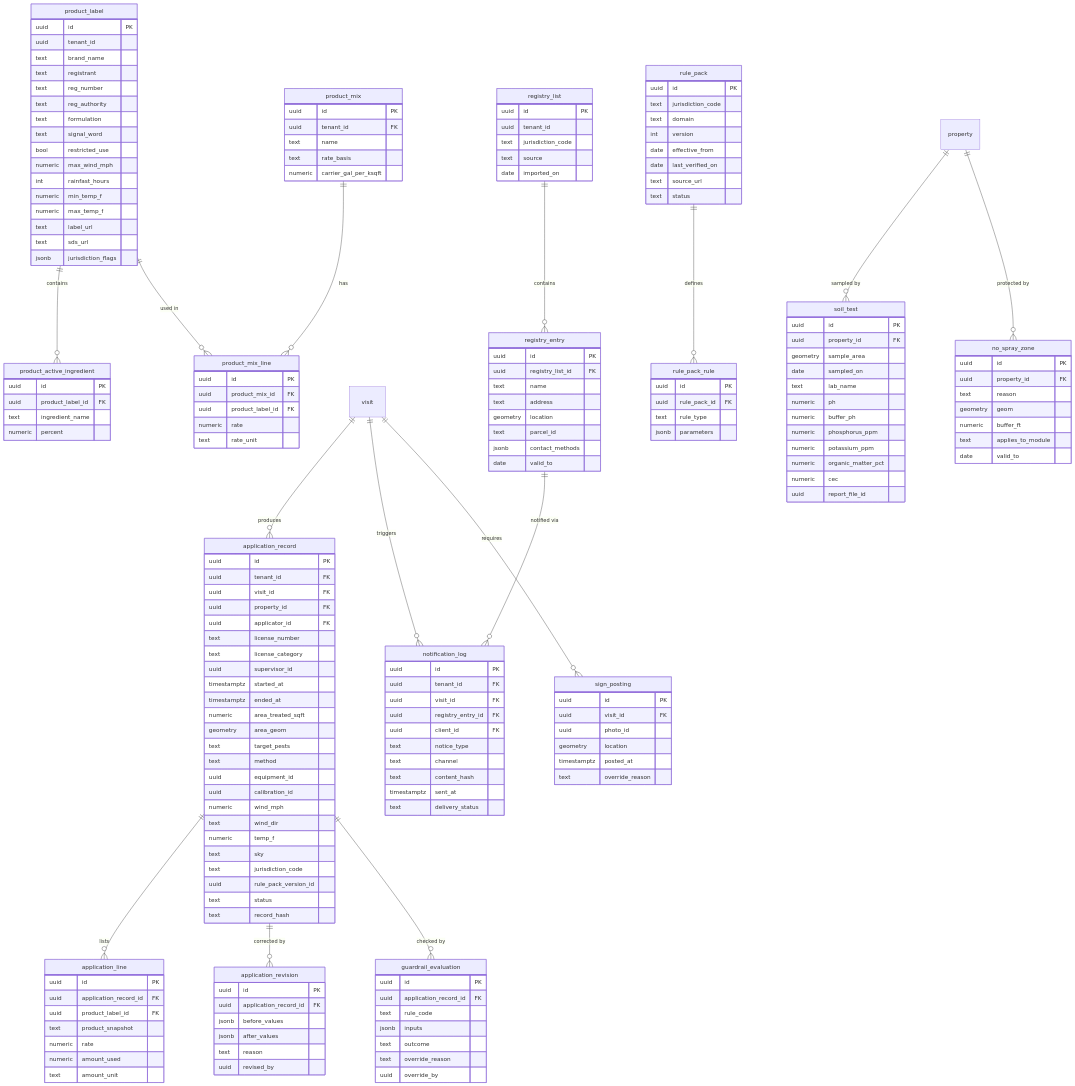
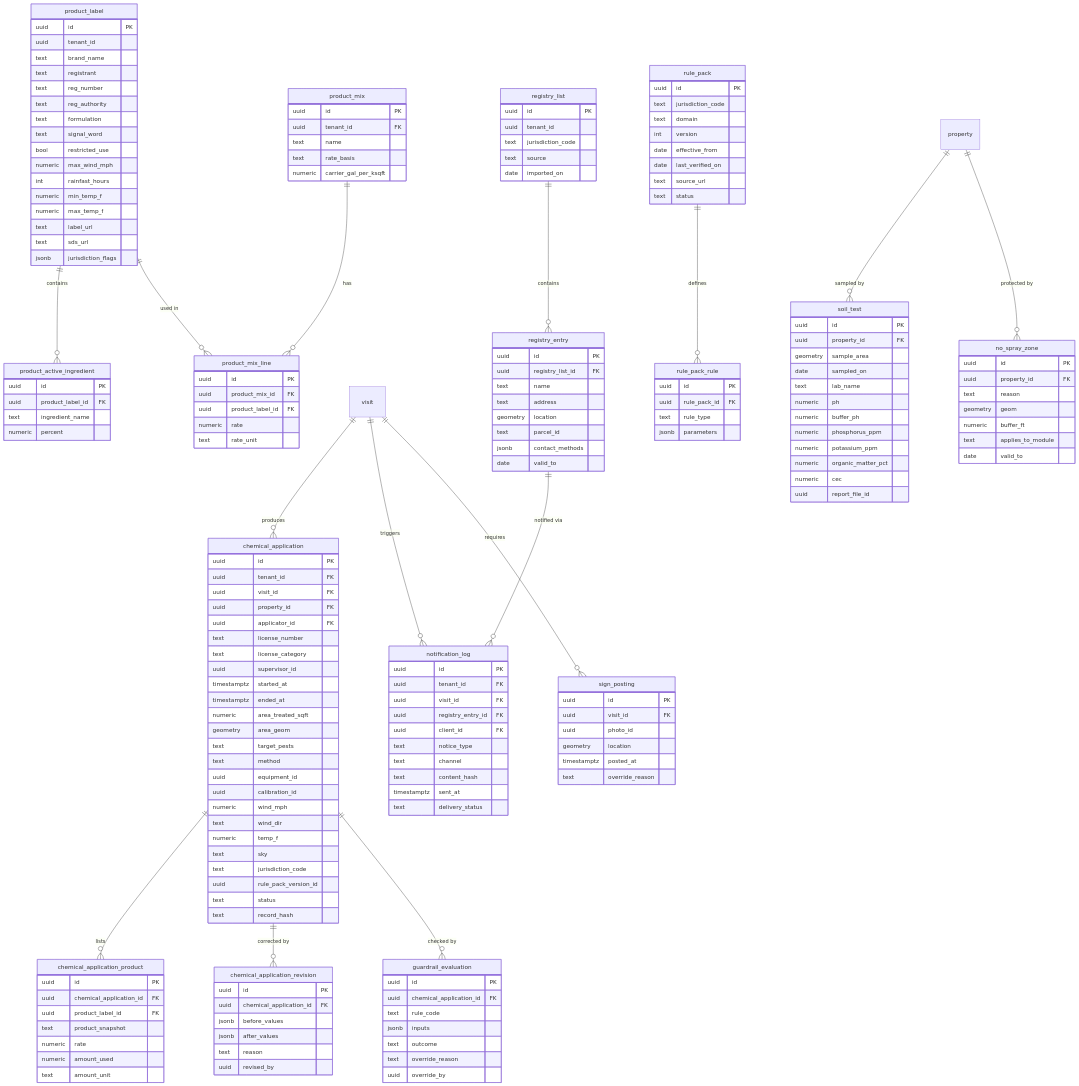
Before and after one commit to jdinard/landscape: diagram 18 of 23 in docs/14-service-line-modules.md, drawn with Mermaid. The commit also changed other lines of this file and 20 other files, not shown here.

```diff
--- a/docs/14-service-line-modules.md
+++ b/docs/14-service-line-modules.md
@@ -1854,10 +1856,10 @@
     product_label ||--o{ product_active_ingredient : "contains"
     product_mix ||--o{ product_mix_line : "has"
     product_label ||--o{ product_mix_line : "used in"
-    visit ||--o{ application_record : "produces"
-    application_record ||--o{ application_line : "lists"
-    application_record ||--o{ application_revision : "corrected by"
-    application_record ||--o{ guardrail_evaluation : "checked by"
+    visit ||--o{ chemical_application : "produces"
+    chemical_application ||--o{ chemical_application_product : "lists"
+    chemical_application ||--o{ chemical_application_revision : "corrected by"
+    chemical_application ||--o{ guardrail_evaluation : "checked by"
     rule_pack ||--o{ rule_pack_rule : "defines"
     registry_list ||--o{ registry_entry : "contains"
     registry_entry ||--o{ notification_log : "notified via"
@@ -1903,7 +1905,7 @@
         numeric rate
         text rate_unit
     }
-    application_record {
+    chemical_application {
         uuid id PK
         uuid tenant_id FK
         uuid visit_id FK
@@ -1929,18 +1931,18 @@
         text status
         text record_hash
     }
-    application_line {
+    chemical_application_product {
         uuid id PK
-        uuid application_record_id FK
+        uuid chemical_application_id FK
         uuid product_label_id FK
         text product_snapshot
         numeric rate
         numeric amount_used
         text amount_unit
     }
-    application_revision {
+    chemical_application_revision {
         uuid id PK
-        uuid application_record_id FK
+        uuid chemical_application_id FK
         jsonb before_values
         jsonb after_values
         text reason
@@ -1948,7 +1950,7 @@
     }
     guardrail_evaluation {
         uuid id PK
-        uuid application_record_id FK
+        uuid chemical_application_id FK
         text rule_code
         jsonb inputs
         text outcome
```
